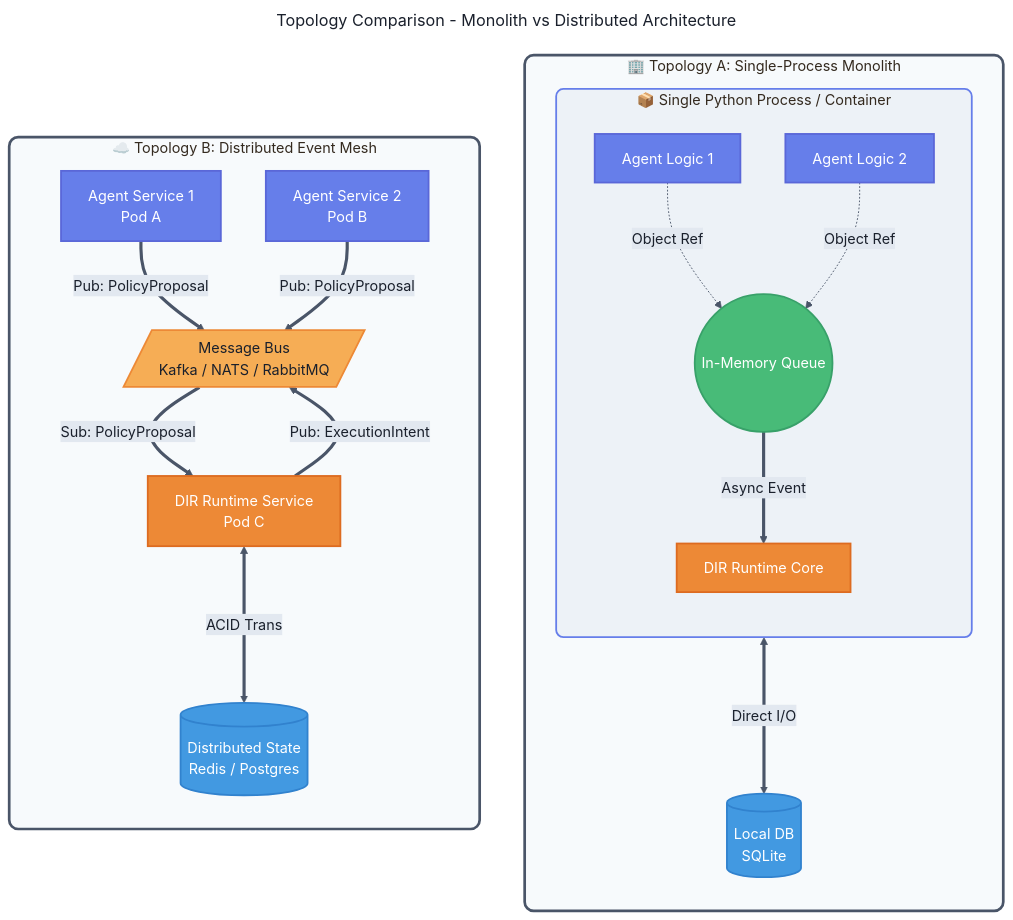
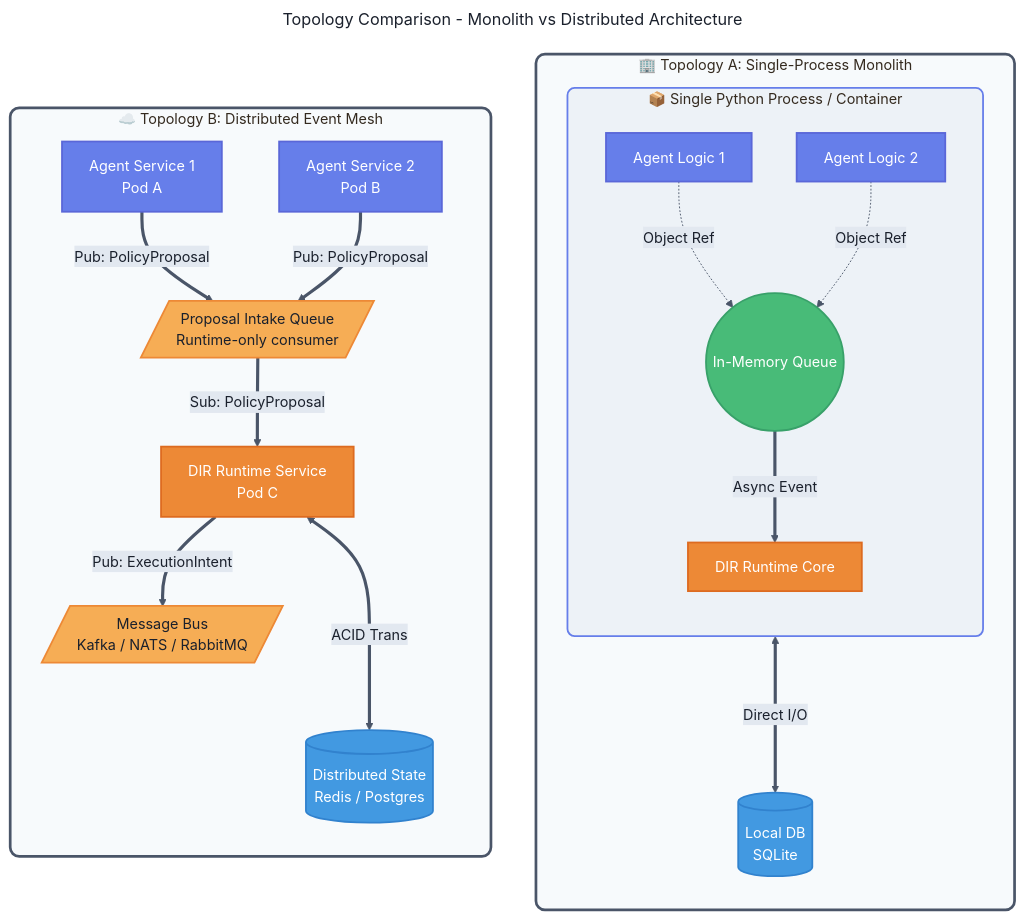
One commit to huka81/decision-intelligence-runtime changed the ninth of 9 diagrams in docs/02-decision-runtime/DIR_Architectural_Pattern.md. Above: the diagram before and after it, drawn with Mermaid. The commit also changed other lines of this file, not shown here.

````diff
--- a/docs/02-decision-runtime/DIR_Architectural_Pattern.md
+++ b/docs/02-decision-runtime/DIR_Architectural_Pattern.md
@@ -1050,69 +1052,70 @@
 ```mermaid
 ---
 title: Topology Comparison - Monolith vs Distributed Architecture
 config:
   theme: base
   themeVariables:
     primaryColor: "#f0f4f8"
     primaryTextColor: "#1a202c"
     primaryBorderColor: "#4a5568"
     lineColor: "#4a5568"
     secondaryColor: "#e2e8f0"
     tertiaryColor: "#cbd5e0"
 ---
 flowchart TB
     %% Professional Color Scheme
     classDef component fill:#ffffff,stroke:#2d3748,stroke-width:2px,color:#1a202c
     classDef agentNode fill:#667eea,stroke:#5a67d8,stroke-width:2px,color:#ffffff
     classDef queueNode fill:#48bb78,stroke:#38a169,stroke-width:2px,color:#ffffff
     classDef runtimeNode fill:#ed8936,stroke:#dd6b20,stroke-width:2px,color:#ffffff
     classDef dbNode fill:#4299e1,stroke:#3182ce,stroke-width:2px,color:#ffffff
     classDef busNode fill:#f6ad55,stroke:#ed8936,stroke-width:2px,color:#1a202c
 
     %% TOPOLOGY A: MONOLITH
     subgraph Topology_A [" 🏢 Topology A: Single-Process Monolith "]
         direction TB
         
         subgraph Single_Process [" 📦 Single Python Process / Container "]
             direction TB
             Mono_Agent1[Agent Logic 1]:::agentNode
             Mono_Agent2[Agent Logic 2]:::agentNode
             Mono_Queue((In-Memory Queue)):::queueNode
             Mono_Runtime[DIR Runtime Core]:::runtimeNode
         end
         
         Mono_DB[(Local DB<br/>SQLite)]:::dbNode
 
         %% Connections A
         Mono_Agent1 -.->|Object Ref| Mono_Queue
         Mono_Agent2 -.->|Object Ref| Mono_Queue
         Mono_Queue ==>|Async Event| Mono_Runtime
         Mono_Runtime <===>|Direct I/O| Mono_DB
     end
 
     %% TOPOLOGY B: DISTRIBUTED MESH
     subgraph Topology_B [" ☁️ Topology B: Distributed Event Mesh "]
         direction TB
         
         Dist_Agent1[Agent Service 1<br/>Pod A]:::agentNode
         Dist_Agent2[Agent Service 2<br/>Pod B]:::agentNode
         
+        Dist_Intake[/Proposal Intake Queue<br/>Runtime-only consumer/]:::busNode
         Dist_Bus[/Message Bus<br/>Kafka / NATS / RabbitMQ/]:::busNode
         
         Dist_Runtime[DIR Runtime Service<br/>Pod C]:::runtimeNode
         Dist_DB[(Distributed State<br/>Redis / Postgres)]:::dbNode
 
         %% Connections B
-        Dist_Agent1 ==>|Pub: PolicyProposal| Dist_Bus
-        Dist_Agent2 ==>|Pub: PolicyProposal| Dist_Bus
-        Dist_Bus ==>|Sub: PolicyProposal| Dist_Runtime
+        Dist_Agent1 ==>|Pub: PolicyProposal| Dist_Intake
+        Dist_Agent2 ==>|Pub: PolicyProposal| Dist_Intake
+        Dist_Intake ==>|Sub: PolicyProposal| Dist_Runtime
         Dist_Runtime ==>|Pub: ExecutionIntent| Dist_Bus
         Dist_Runtime <===>|ACID Trans| Dist_DB
     end
 
     %% Style Subgraphs
     style Topology_A fill:#f7fafc,stroke:#4a5568,stroke-width:3px,rx:10,ry:10
     style Topology_B fill:#f7fafc,stroke:#4a5568,stroke-width:3px,rx:10,ry:10
     style Single_Process fill:#edf2f7,stroke:#667eea,stroke-width:2px,rx:8,ry:8
 
 ```
````
